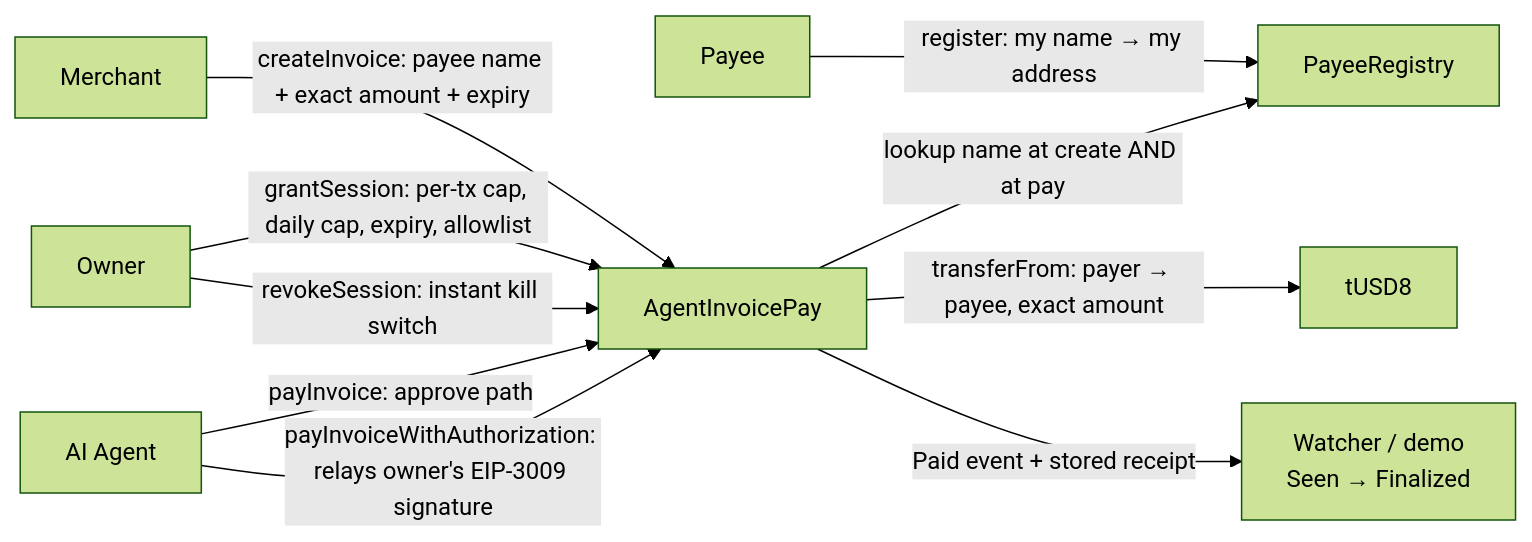
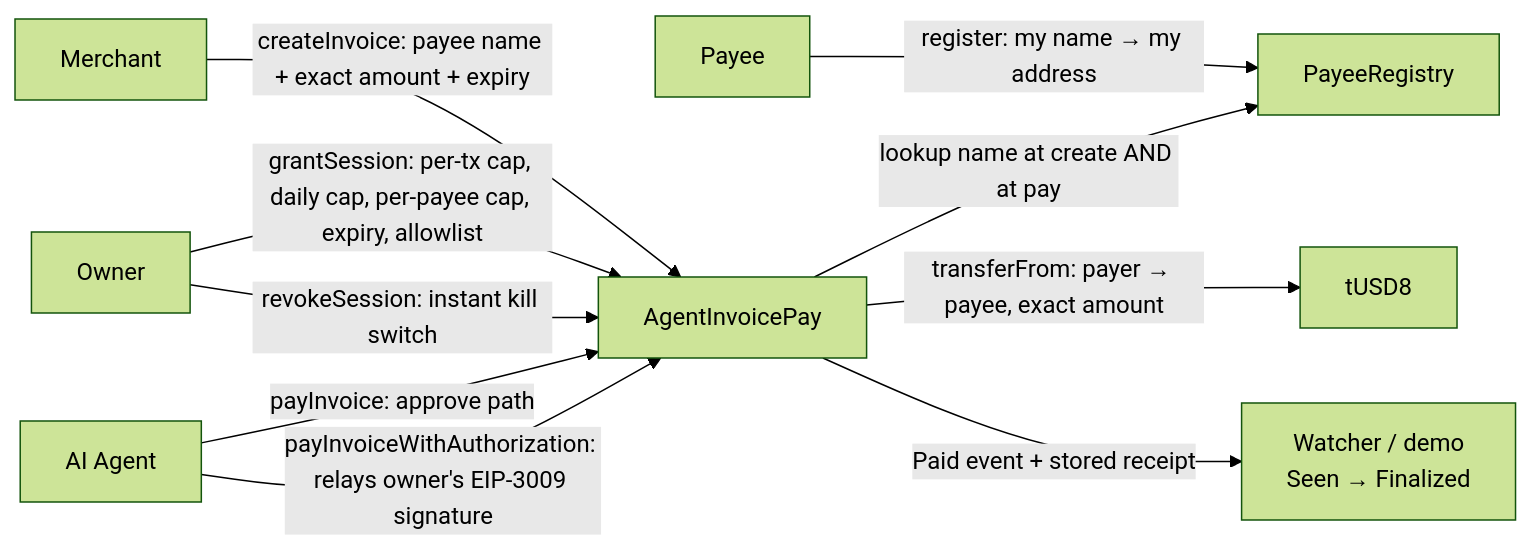
The diagram in README.md (Ajengayukusu/paysure-agent), drawn with Mermaid (forest theme) before and after one commit. The commit also changed other lines of this file and 12 other files, not shown here.

````diff
--- a/README.md
+++ b/README.md
@@ -65,12 +76,12 @@
 ```mermaid
 flowchart LR
     M[Merchant] -->|createInvoice: payee name + exact amount + expiry| AIP[AgentInvoicePay]
     P[Payee] -->|register: my name → my address| REG[PayeeRegistry]
     AIP -->|lookup name at create AND at pay| REG
-    O[Owner] -->|grantSession: per-tx cap, daily cap, expiry, allowlist| AIP
+    O[Owner] -->|grantSession: per-tx cap, daily cap, per-payee cap, expiry, allowlist| AIP
     O -->|revokeSession: instant kill switch| AIP
     AG[AI Agent] -->|payInvoice: approve path| AIP
     AG -->|payInvoiceWithAuthorization: relays owner's EIP-3009 signature| AIP
     AIP -->|transferFrom: payer → payee, exact amount| T[tUSD8]
     AIP -->|Paid event + stored receipt| W[Watcher / demo<br/>Seen → Finalized]
 ```
````
